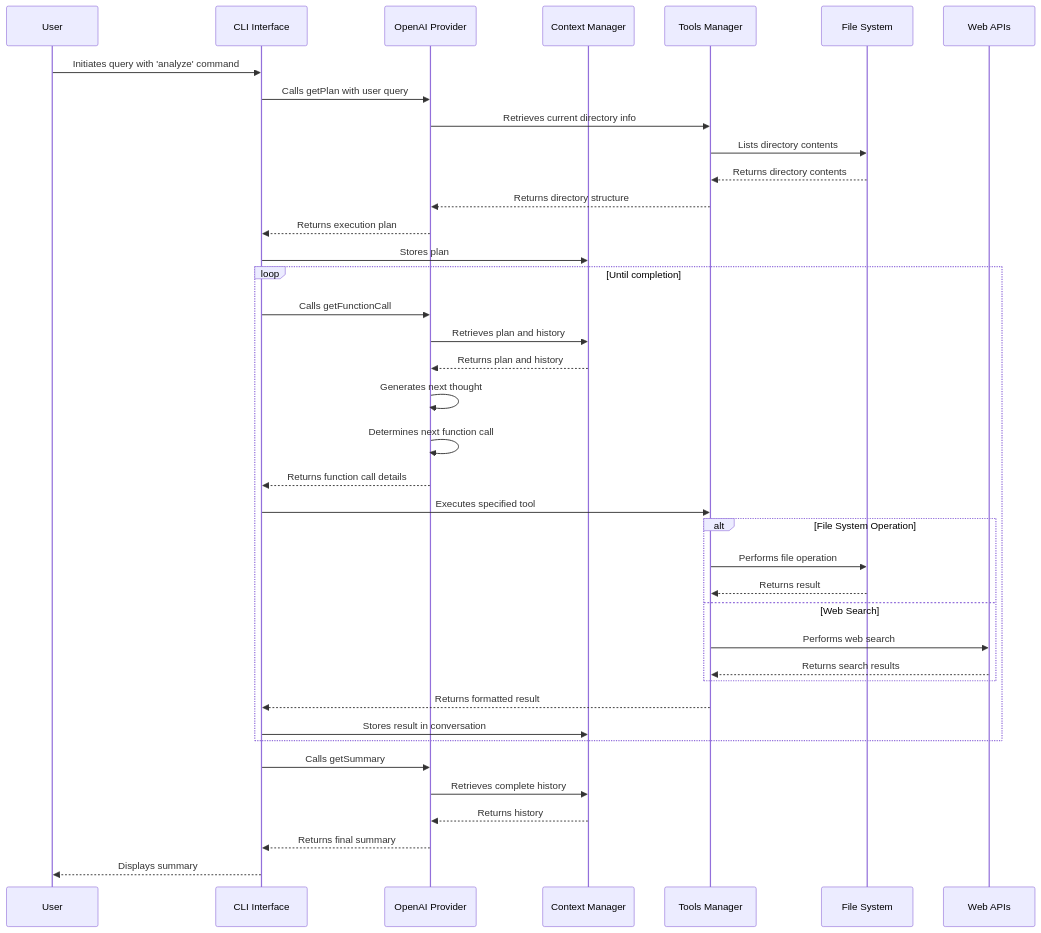
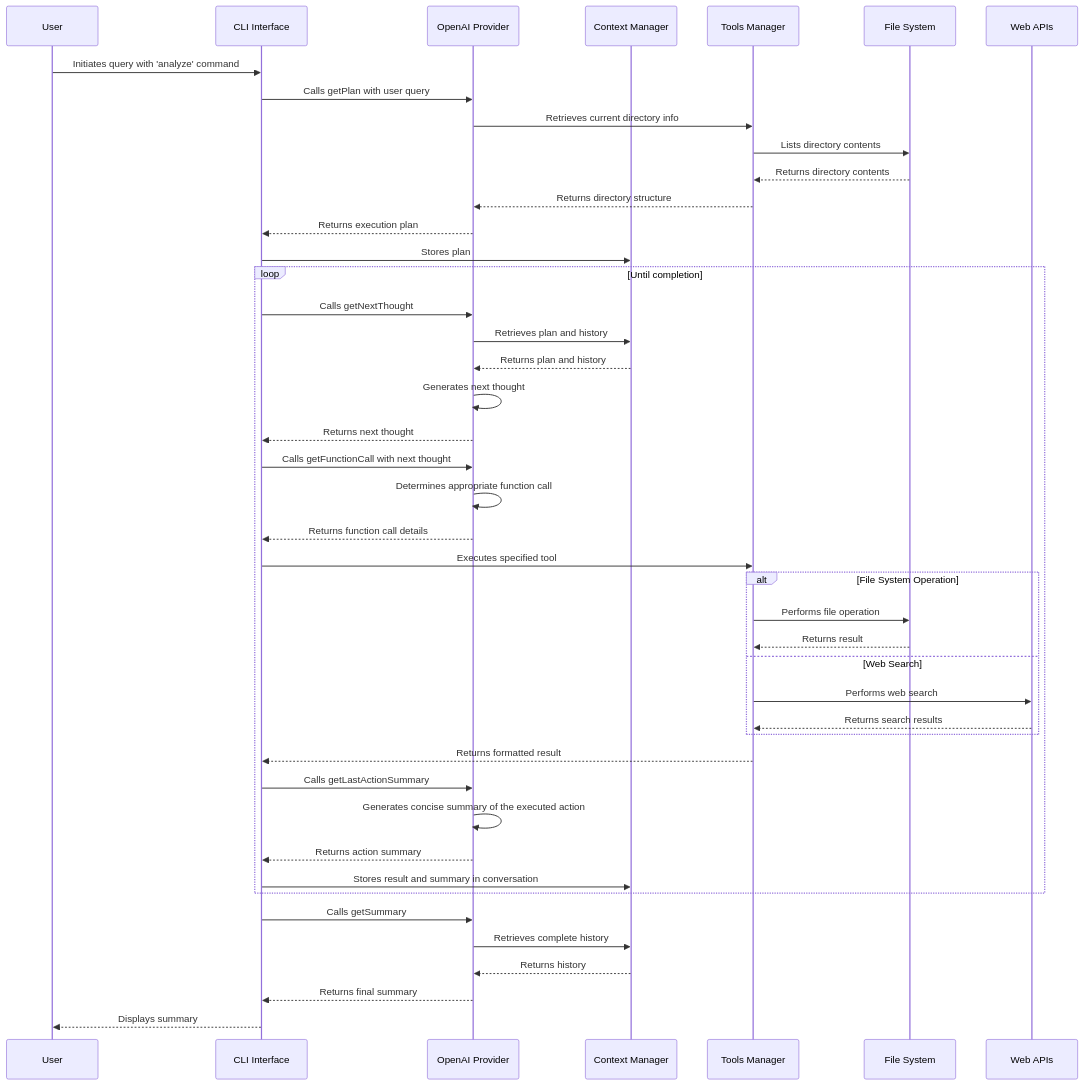
Before and after one commit to grinsteindavid/ai-agent-code-analyzer: the diagram in README.md, drawn with Mermaid. The commit also changed other lines of this file, not shown here.

First line of the commit message:
Enhances documentation and adds action summaries feature

````diff
--- a/README.md
+++ b/README.md
@@ -136,44 +142,51 @@
 ```mermaid
 sequenceDiagram
     participant User
     participant CLI as CLI Interface
     participant OpenAI as OpenAI Provider
     participant Context as Context Manager
     participant Tools as Tools Manager
     participant FileSystem as File System
     participant WebAPI as Web APIs
 
     User->>CLI: Initiates query with 'analyze' command
     CLI->>OpenAI: Calls getPlan with user query
     OpenAI->>Tools: Retrieves current directory info
     Tools->>FileSystem: Lists directory contents
     FileSystem-->>Tools: Returns directory contents
     Tools-->>OpenAI: Returns directory structure
     OpenAI-->>CLI: Returns execution plan
     CLI->>Context: Stores plan
     
     loop Until completion
-        CLI->>OpenAI: Calls getFunctionCall
+        CLI->>OpenAI: Calls getNextThought
         OpenAI->>Context: Retrieves plan and history
         Context-->>OpenAI: Returns plan and history
         OpenAI->>OpenAI: Generates next thought
-        OpenAI->>OpenAI: Determines next function call
+        OpenAI-->>CLI: Returns next thought
+        
+        CLI->>OpenAI: Calls getFunctionCall with next thought
+        OpenAI->>OpenAI: Determines appropriate function call
         OpenAI-->>CLI: Returns function call details
         CLI->>Tools: Executes specified tool
         alt File System Operation
             Tools->>FileSystem: Performs file operation
             FileSystem-->>Tools: Returns result
         else Web Search
             Tools->>WebAPI: Performs web search
             WebAPI-->>Tools: Returns search results
         end
         Tools-->>CLI: Returns formatted result
-        CLI->>Context: Stores result in conversation
+        
+        CLI->>OpenAI: Calls getLastActionSummary
+        OpenAI->>OpenAI: Generates concise summary of the executed action
+        OpenAI-->>CLI: Returns action summary
+        CLI->>Context: Stores result and summary in conversation
     end
     
     CLI->>OpenAI: Calls getSummary
     OpenAI->>Context: Retrieves complete history
     Context-->>OpenAI: Returns history
     OpenAI-->>CLI: Returns final summary
     CLI-->>User: Displays summary
 ```
````
